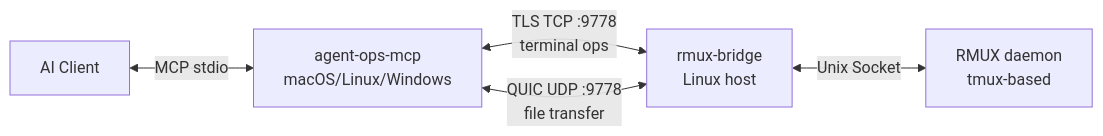
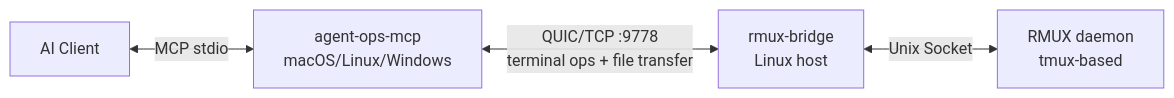
Before and after one commit to tddh/agent-ops: the diagram in README.md, drawn with Mermaid. The commit also changed other lines of this file and 4 other files, not shown here.

First line of the commit message:
feat: QUIC 优先连接，TCP/TLS 自动降级

````diff
--- a/README.md
+++ b/README.md
@@ -21,7 +21,6 @@
 ```mermaid
 graph LR
     A[AI Client] <-->|MCP stdio| B[agent-ops-mcp<br/>macOS/Linux/Windows]
-    B <-->|TLS TCP :9778<br/>terminal ops| C[rmux-bridge<br/>Linux host]
-    B <-->|QUIC UDP :9778<br/>file transfer| C
+    B <-->|QUIC/TCP :9778<br/>terminal ops + file transfer| C[rmux-bridge<br/>Linux host]
     C <-->|Unix Socket| D[RMUX daemon<br/>tmux-based]
 ```
````
